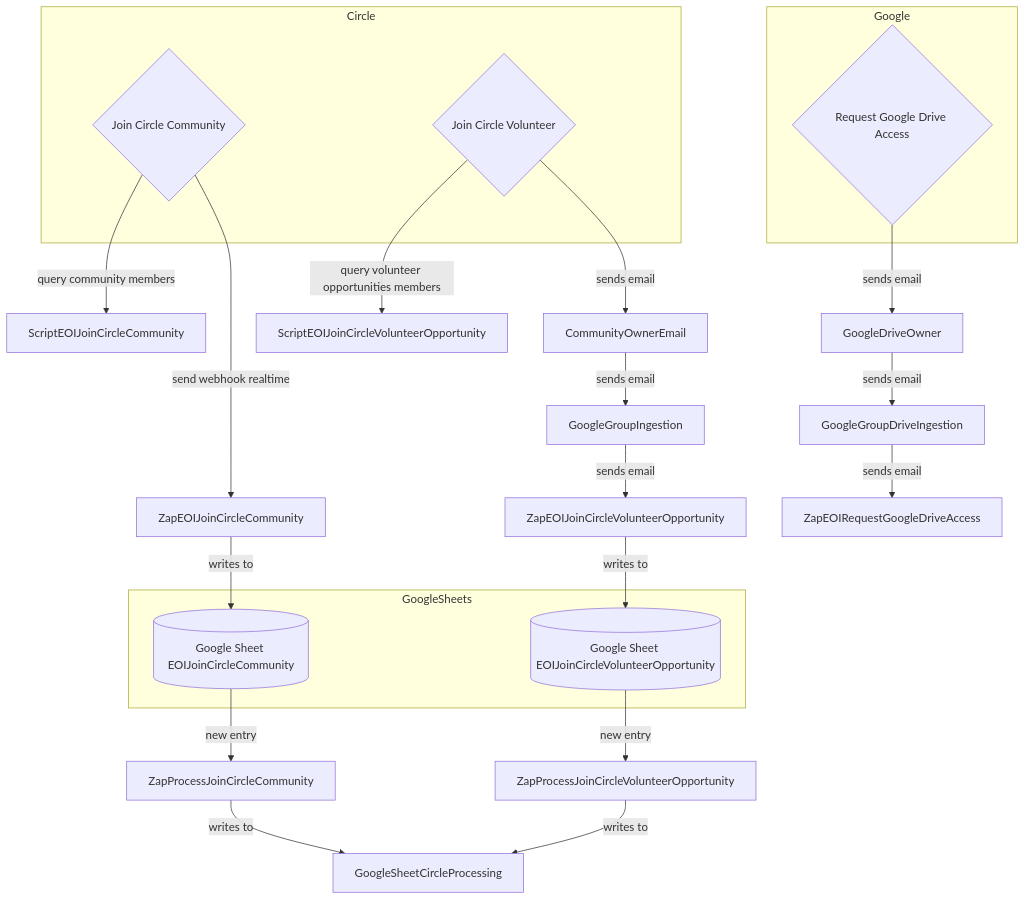
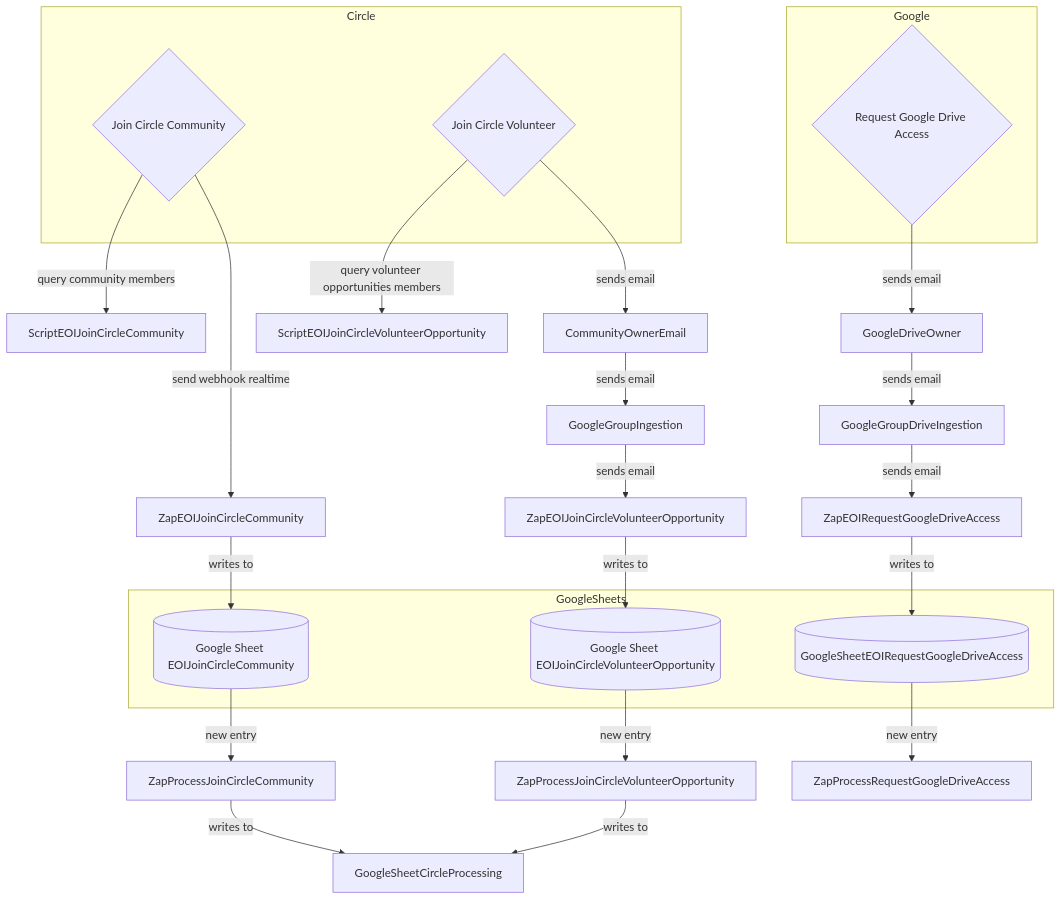
Before and after one commit to CloudSecurityAlliance/CSA-IT-Operations: the diagram in projects/WG-automation/WG-Automation-4.md, drawn with Mermaid.

````diff
--- a/projects/WG-automation/WG-Automation-4.md
+++ b/projects/WG-automation/WG-Automation-4.md
@@ -1,47 +1,52 @@
 ```mermaid
 graph TD;
 
 %% CIRCLE SIDE
 %% Verified email, user initiates action
 subgraph Circle
 joinCircleCommunity{Join Circle Community}
 joinCircleVolunteer{Join Circle Volunteer}
 end
 
 joinCircleCommunity-->|send webhook realtime|ZapEOIJoinCircleCommunity
 
 joinCircleCommunity-->|query community members|ScriptEOIJoinCircleCommunity
 
 joinCircleVolunteer-->|sends email|CommunityOwnerEmail
 CommunityOwnerEmail-->|sends email|GoogleGroupIngestion
 GoogleGroupIngestion-->|sends email|ZapEOIJoinCircleVolunteerOpportunity
 
 joinCircleVolunteer-->|query volunteer opportunities members|ScriptEOIJoinCircleVolunteerOpportunity
 
 
 ZapEOIJoinCircleCommunity-->|writes to|GoogleSheetEOIJoinCircleCommunity
 
 ZapEOIJoinCircleVolunteerOpportunity-->|writes to|GoogleSheetEOIJoinCircleVolunteerOpportunity
 
 subgraph GoogleSheets
 GoogleSheetEOIJoinCircleCommunity[(Google Sheet EOIJoinCircleCommunity)]
 GoogleSheetEOIJoinCircleVolunteerOpportunity[(Google Sheet EOIJoinCircleVolunteerOpportunity)]
+GoogleSheetEOIRequestGoogleDriveAccess[(GoogleSheetEOIRequestGoogleDriveAccess)]
 end
 
 GoogleSheetEOIJoinCircleCommunity-->|new entry|ZapProcessJoinCircleCommunity
 GoogleSheetEOIJoinCircleVolunteerOpportunity-->|new entry|ZapProcessJoinCircleVolunteerOpportunity
 
 ZapProcessJoinCircleCommunity-->|writes to|GoogleSheetCircleProcessing
 ZapProcessJoinCircleVolunteerOpportunity-->|writes to|GoogleSheetCircleProcessing
 
 %% Google side
 subgraph Google
 requestGoogleDriveAccess{Request Google Drive Access}
 end
 
 requestGoogleDriveAccess-->|sends email|GoogleDriveOwner
 GoogleDriveOwner-->|sends email|GoogleGroupDriveIngestion
 GoogleGroupDriveIngestion-->|sends email|ZapEOIRequestGoogleDriveAccess
 
+ZapEOIRequestGoogleDriveAccess-->|writes to|GoogleSheetEOIRequestGoogleDriveAccess
+
+GoogleSheetEOIRequestGoogleDriveAccess-->|new entry|ZapProcessRequestGoogleDriveAccess
+
 
 ```
````
